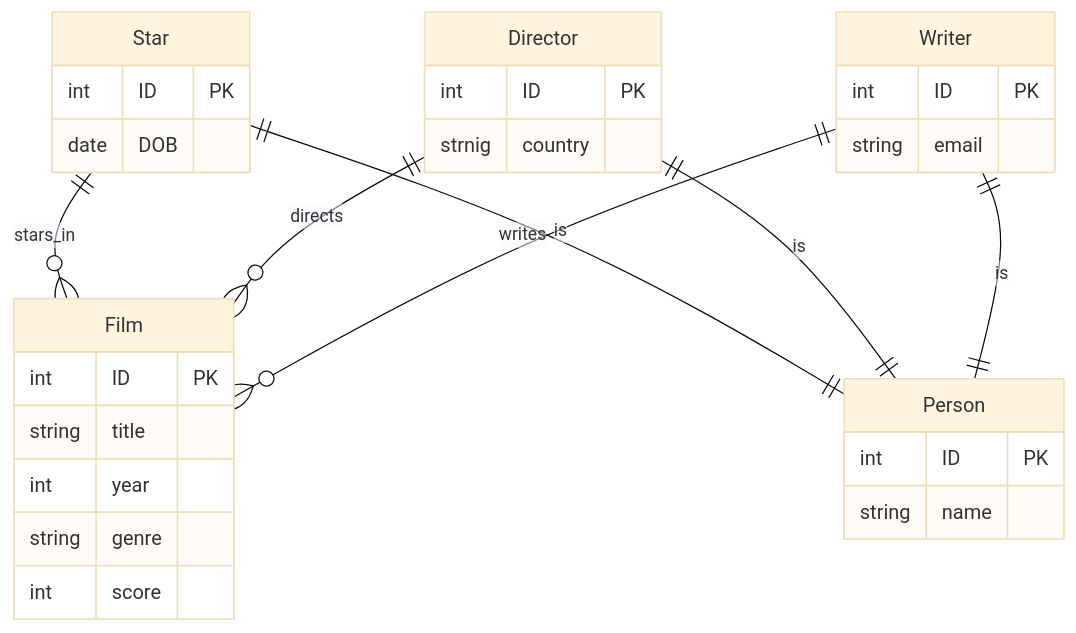
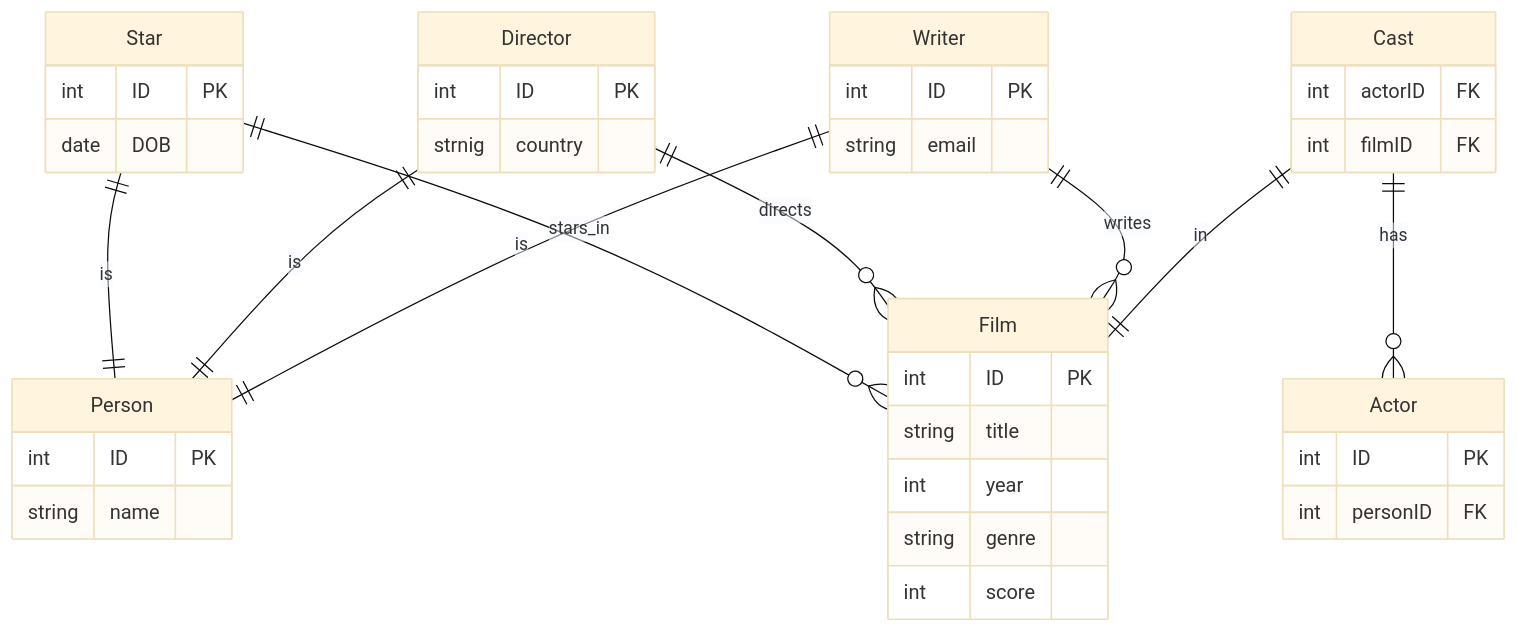
The diagram in er-diagram.md (boolean-uk/java-apis-sql-relations-and-joins), drawn with Mermaid (base theme) before and after one commit. The commit also changed 1 other file, not shown here.

Commit message:
More of extension

`````diff
--- a/er-diagram.md
+++ b/er-diagram.md
@@ -1,33 +1,43 @@
 ````mermaid
 erDiagram
     Director {
         int ID PK
         strnig country
     }
     Star {
         int ID PK
         date DOB
     }
     Writer {
         int ID PK
         string email
     }
     Film {
         int ID PK
         string title
         int year
         string genre
         int score
     }
     Person {
         int ID PK
         string name
     }
+    Cast {
+        int actorID FK
+        int filmID FK
+    }
+    Actor {
+        int ID PK
+        int personID FK
+    }
     
     Star ||--o{ Film : stars_in
+    Star ||--|| Person : is
     Director ||--o{ Film : directs
-    Writer ||--o{ Film : writes
-    Star ||--|| Person : is
     Director ||--|| Person : is
     Writer ||--|| Person : is
+    Writer ||--o{ Film : writes
+    Cast ||--o{ Actor : has
+    Cast ||--|| Film : in
 ````
`````
